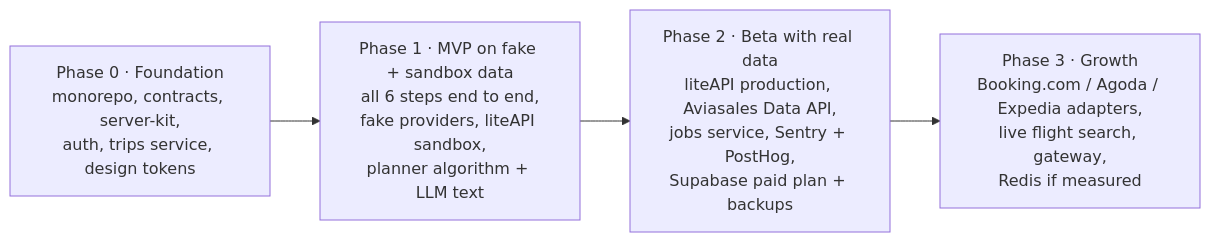
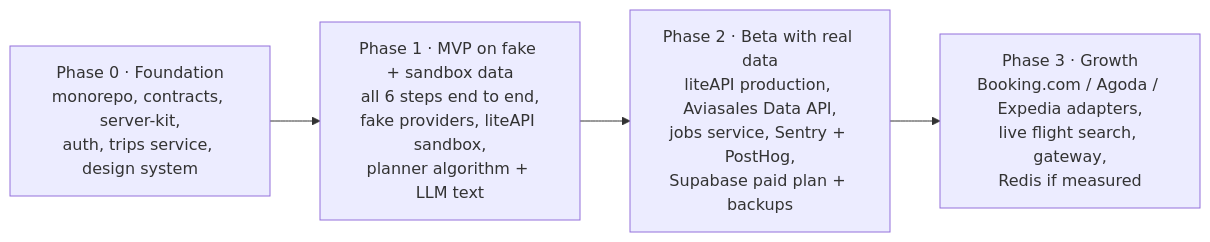
One commit to RayMand1234/Waypoint changed the eighth of 8 diagrams in docs/architecture.md. Above: the diagram before and after it, drawn with Mermaid. The commit also changed other lines of this file and 34 other files, not shown here.

````diff
--- a/docs/architecture.md
+++ b/docs/architecture.md
@@ -458,8 +458,8 @@
 ```mermaid
 flowchart LR
-  P0["Phase 0 · Foundation<br/>monorepo, contracts, server-kit,<br/>auth, trips service, design tokens"]
+  P0["Phase 0 · Foundation<br/>monorepo, contracts, server-kit,<br/>auth, trips service, design system"]
   P1["Phase 1 · MVP on fake + sandbox data<br/>all 6 steps end to end,<br/>fake providers, liteAPI sandbox,<br/>planner algorithm + LLM text"]
   P2["Phase 2 · Beta with real data<br/>liteAPI production, Aviasales Data API,<br/>jobs service, Sentry + PostHog,<br/>Supabase paid plan + backups"]
   P3["Phase 3 · Growth<br/>Booking.com / Agoda / Expedia adapters,<br/>live flight search, gateway,<br/>Redis if measured"]
   P0 --> P1 --> P2 --> P3
 ```
````
